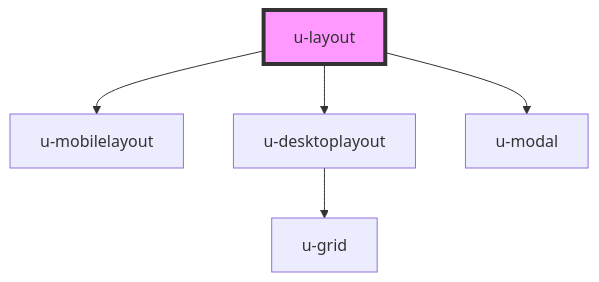
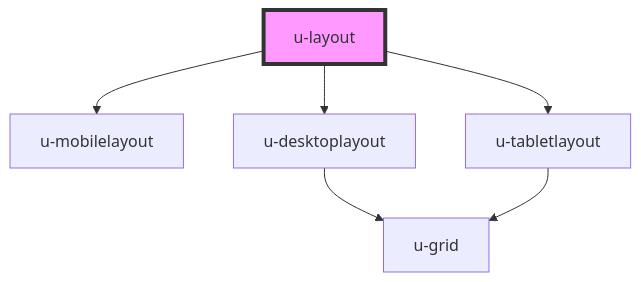
The diagram in src/components/u-layout/readme.md (theUrbans/uniform), drawn with Mermaid before and after one commit. The commit also changed other lines of this file and 12 other files, not shown here.

````diff
--- a/src/components/u-layout/readme.md
+++ b/src/components/u-layout/readme.md
@@ -50,8 +52,9 @@
 ```mermaid
 graph TD;
   u-layout --> u-mobilelayout
   u-layout --> u-desktoplayout
-  u-layout --> u-modal
+  u-layout --> u-tabletlayout
   u-desktoplayout --> u-grid
+  u-tabletlayout --> u-grid
   style u-layout fill:#f9f,stroke:#333,stroke-width:4px
 ```
````
